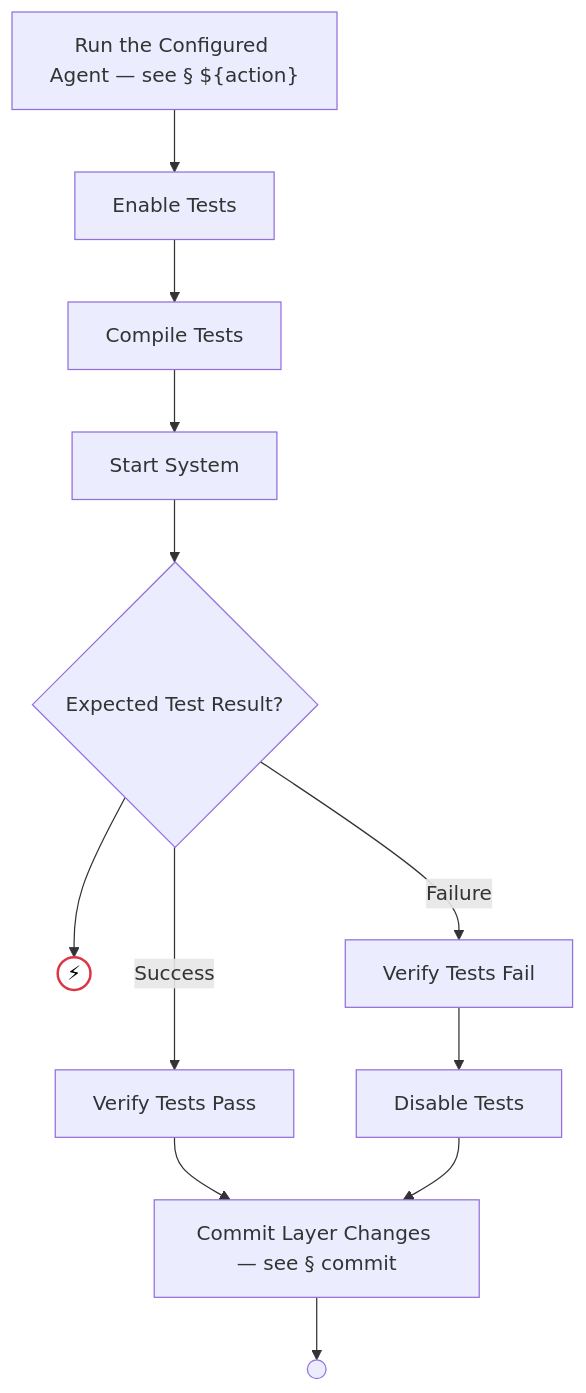
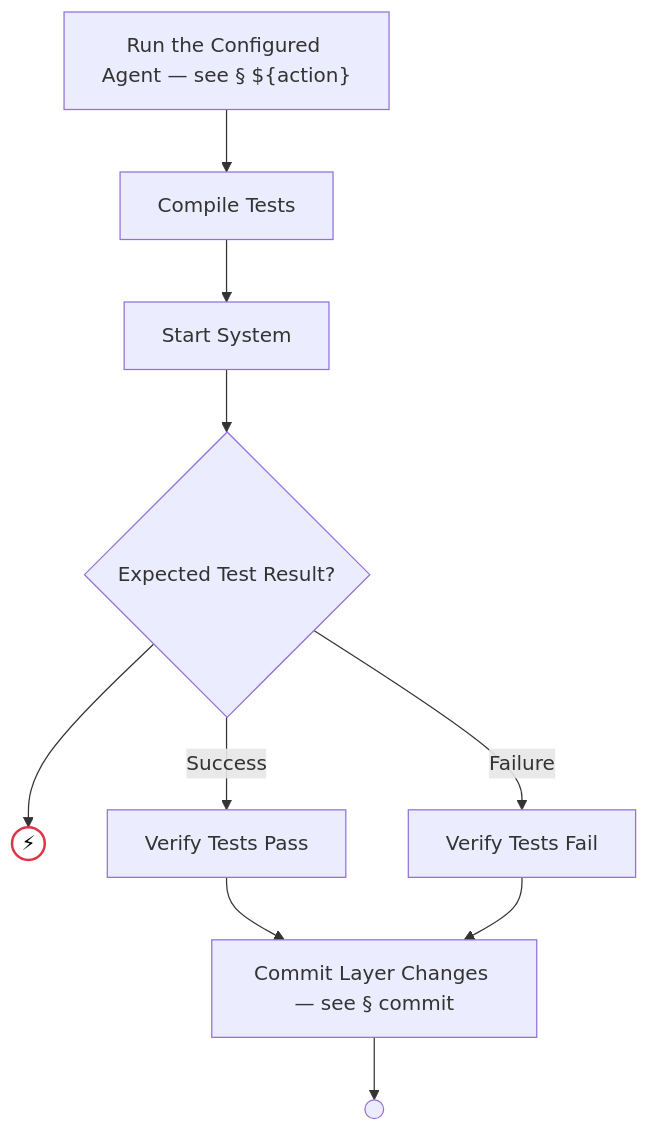
Before and after one commit to optivem/gh-optivem: diagram 22 of 52 in docs/process-diagram.md, drawn with Mermaid. The commit also changed other lines of this file and 26 other files, not shown here.

Commit message:
atdd: regenerate process-flow diagram

````diff
--- a/docs/process-diagram.md
+++ b/docs/process-diagram.md
@@ -425,29 +421,25 @@
 ```mermaid
 flowchart TD
     COMMIT_LAYER[Commit Layer Changes — see § commit]
     COMPILE_TESTS[Compile Tests]
-    DISABLE_TESTS[Disable Tests]
-    ENABLE_TESTS[Enable Tests]
     GATE_EXPECTED_TEST_RESULT{Expected Test Result?}
     IMPLEMENT_TEST_LAYER_END(( ))
     RUN_ACTION["Run the Configured Agent — see § ${action}"]
     START_SYSTEM[Start System]
     UNKNOWN_EXPECTED_TEST_RESULT((⚡))
     VERIFY_TESTS_FAIL_FILTERED[Verify Tests Fail]
     VERIFY_TESTS_PASS_FILTERED[Verify Tests Pass]
 
-    RUN_ACTION --> ENABLE_TESTS
-    ENABLE_TESTS --> COMPILE_TESTS
+    RUN_ACTION --> COMPILE_TESTS
     COMPILE_TESTS --> START_SYSTEM
     START_SYSTEM --> GATE_EXPECTED_TEST_RESULT
     GATE_EXPECTED_TEST_RESULT -- Success --> VERIFY_TESTS_PASS_FILTERED
     GATE_EXPECTED_TEST_RESULT -- Failure --> VERIFY_TESTS_FAIL_FILTERED
     GATE_EXPECTED_TEST_RESULT --> UNKNOWN_EXPECTED_TEST_RESULT
     VERIFY_TESTS_PASS_FILTERED --> COMMIT_LAYER
-    VERIFY_TESTS_FAIL_FILTERED --> DISABLE_TESTS
-    DISABLE_TESTS --> COMMIT_LAYER
+    VERIFY_TESTS_FAIL_FILTERED --> COMMIT_LAYER
     COMMIT_LAYER --> IMPLEMENT_TEST_LAYER_END
 
     classDef errorEndNode fill:#ffffff,stroke:#dc3545,stroke-width:2px,color:#000000
     class UNKNOWN_EXPECTED_TEST_RESULT errorEndNode
 ```
````
